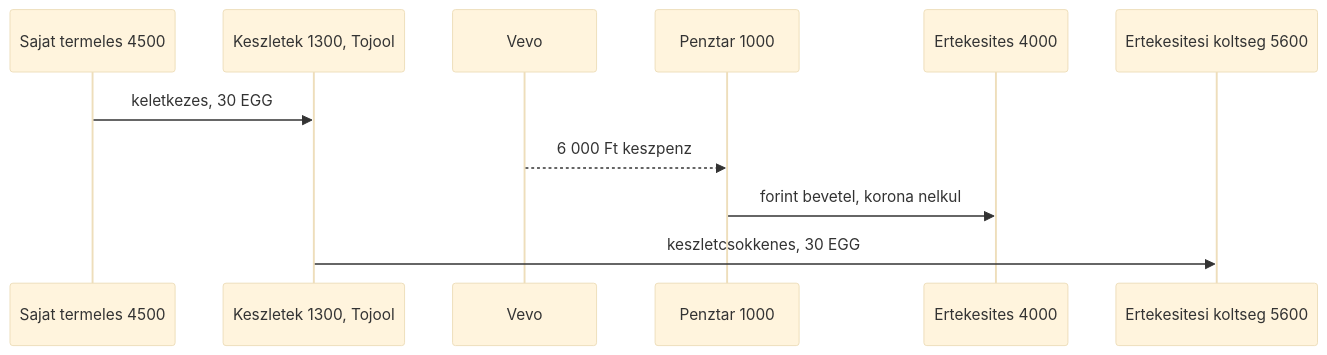
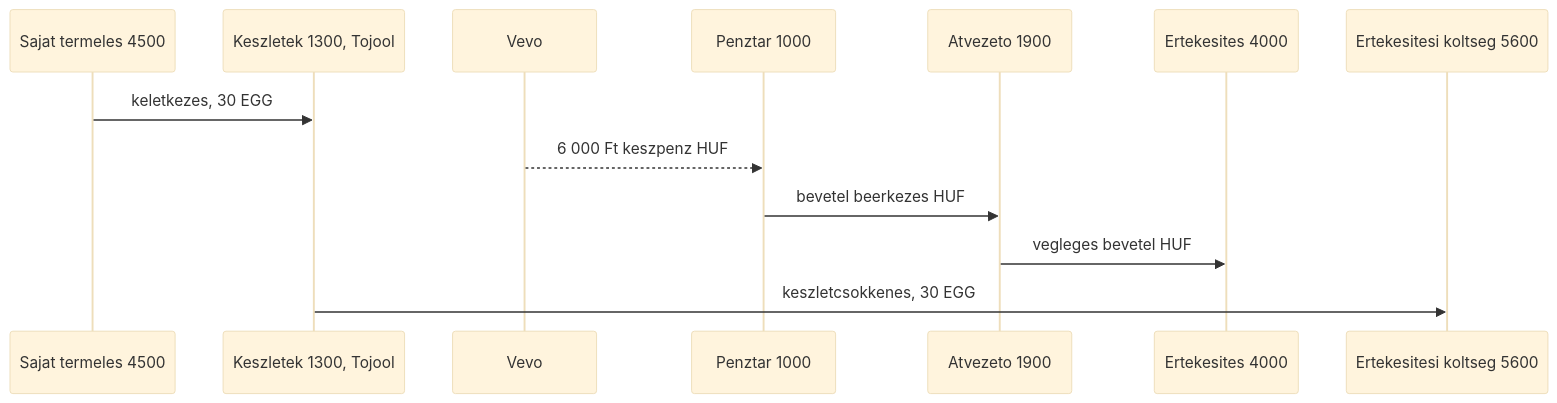
Before and after one commit to pitiboy/curr: the seventh of 17 diagrams in docs/transaction-workflow.md, drawn with Mermaid (base theme). The commit also changed other lines of this file, not shown here.

````diff
--- a/docs/transaction-workflow.md
+++ b/docs/transaction-workflow.md
@@ -335,14 +342,16 @@
 ```mermaid
 sequenceDiagram
   participant Allomany as Sajat termeles 4500
   participant Keszlet as Keszletek 1300, Tojool
   participant Vevo as Vevo
   participant Penztar as Penztar 1000
+  participant Atv as Atvezeto 1900
   participant Bevetel as Ertekesites 4000
   participant Ert as Ertekesitesi koltseg 5600
 
   Allomany->>Keszlet: keletkezes, 30 EGG
-  Vevo-->>Penztar: 6 000 Ft keszpenz
-  Penztar->>Bevetel: forint bevetel, korona nelkul
+  Vevo-->>Penztar: 6 000 Ft keszpenz HUF
+  Penztar->>Atv: bevetel beerkezes HUF
+  Atv->>Bevetel: vegleges bevetel HUF
   Keszlet->>Ert: keszletcsokkenes, 30 EGG
 ```
````
